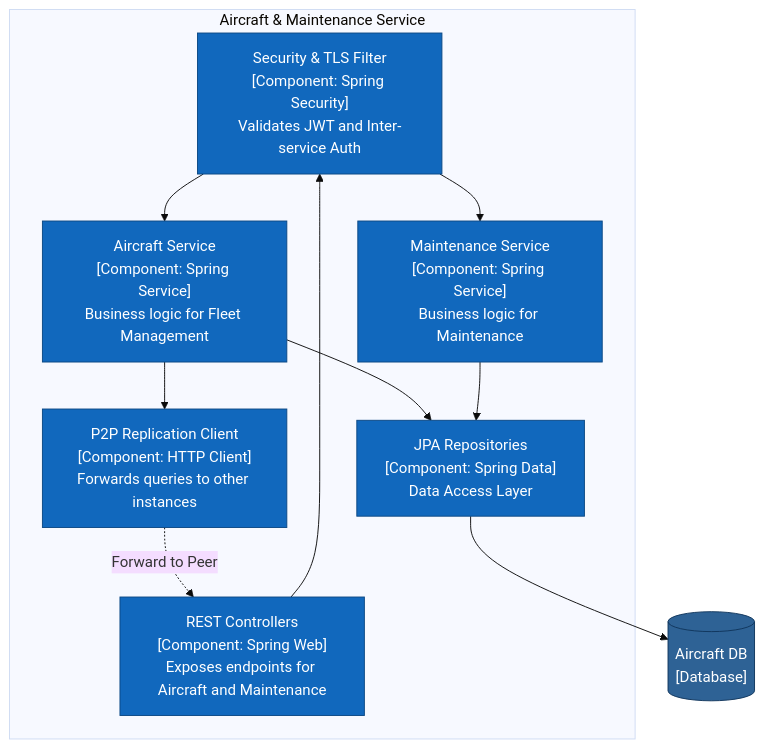
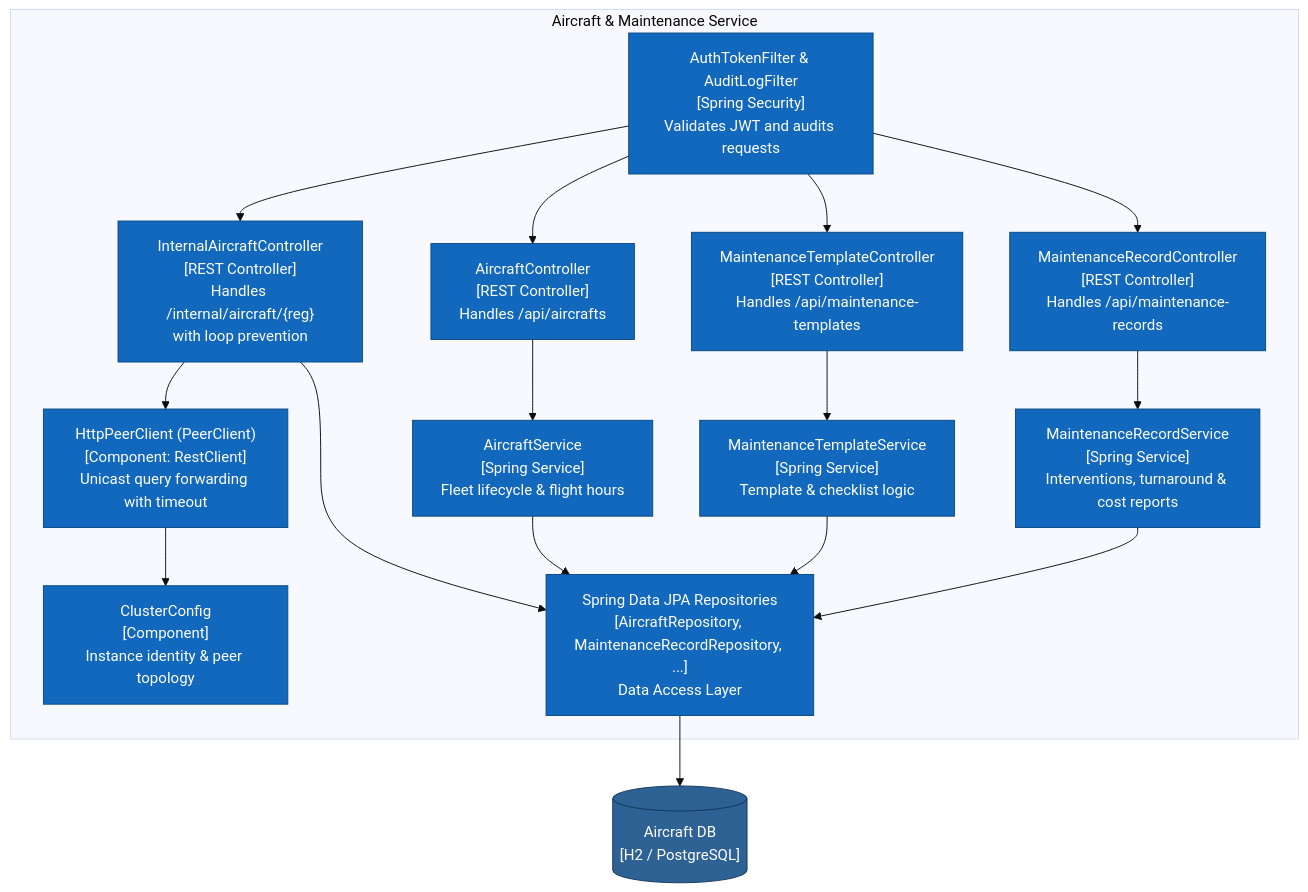
The third of 4 diagrams in docs/C4-Model.md (ImJay1527/aircraft-maintenance-service), drawn with Mermaid (base theme) before and after one commit. The commit also changed other lines of this file and 4 other files, not shown here.

Commit message:
docs: bring all architecture, C4 models, README and handoff into 100% agreement with active code

````diff
--- a/docs/C4-Model.md
+++ b/docs/C4-Model.md
@@ -67,30 +67,46 @@
 ```mermaid
 flowchart TD
     %% Styling
     classDef container fill:#438dd5,stroke:#2e6295,color:#fff
     classDef component fill:#1168bd,stroke:#0b4884,color:#fff
     classDef db fill:#2e6295,stroke:#11365c,color:#fff,shape:cylinder
 
-    AircraftDB[("Aircraft DB\n[Database]")]:::db
+    AircraftDB[("Aircraft DB\n[H2 / PostgreSQL]")]:::db
 
     subgraph AircraftSvc["Aircraft & Maintenance Service"]
-        SecurityComp["Security & TLS Filter\n[Component: Spring Security]\nValidates JWT and Inter-service Auth"]:::component
-        APIComp["REST Controllers\n[Component: Spring Web]\nExposes endpoints for Aircraft and Maintenance"]:::component
-        AircraftDomain["Aircraft Service\n[Component: Spring Service]\nBusiness logic for Fleet Management"]:::component
-        MaintenanceDomain["Maintenance Service\n[Component: Spring Service]\nBusiness logic for Maintenance"]:::component
-        ReplicationComp["P2P Replication Client\n[Component: HTTP Client]\nForwards queries to other instances"]:::component
-        RepoComp["JPA Repositories\n[Component: Spring Data]\nData Access Layer"]:::component
+        SecurityFilter["AuthTokenFilter & AuditLogFilter\n[Spring Security]\nValidates JWT and audits requests"]:::component
+        
+        InternalCtrl["InternalAircraftController\n[REST Controller]\nHandles /internal/aircraft/{reg}\nwith loop prevention"]:::component
+        AircraftCtrl["AircraftController\n[REST Controller]\nHandles /api/aircrafts"]:::component
+        TemplateCtrl["MaintenanceTemplateController\n[REST Controller]\nHandles /api/maintenance-templates"]:::component
+        RecordCtrl["MaintenanceRecordController\n[REST Controller]\nHandles /api/maintenance-records"]:::component
+
+        AircraftSvcDomain["AircraftService\n[Spring Service]\nFleet lifecycle & flight hours"]:::component
+        TemplateSvcDomain["MaintenanceTemplateService\n[Spring Service]\nTemplate & checklist logic"]:::component
+        RecordSvcDomain["MaintenanceRecordService\n[Spring Service]\nInterventions, turnaround & cost reports"]:::component
+
+        ClusterCfg["ClusterConfig\n[Component]\nInstance identity & peer topology"]:::component
+        HttpPeer["HttpPeerClient (PeerClient)\n[Component: RestClient]\nUnicast query forwarding with timeout"]:::component
+
+        Repos["Spring Data JPA Repositories\n[AircraftRepository, MaintenanceRecordRepository, ...]\nData Access Layer"]:::component
     end
 
-    %% Relationships
-    APIComp --> SecurityComp
-    SecurityComp --> AircraftDomain
-    SecurityComp --> MaintenanceDomain
-    
-    AircraftDomain --> RepoComp
-    MaintenanceDomain --> RepoComp
-    RepoComp --> AircraftDB
-    
-    AircraftDomain --> ReplicationComp
-    ReplicationComp -. "Forward to Peer" .-> APIComp
+    %% Wire connections
+    SecurityFilter --> InternalCtrl
+    SecurityFilter --> AircraftCtrl
+    SecurityFilter --> TemplateCtrl
+    SecurityFilter --> RecordCtrl
+
+    InternalCtrl --> Repos
+    InternalCtrl --> HttpPeer
+    HttpPeer --> ClusterCfg
+
+    AircraftCtrl --> AircraftSvcDomain
+    TemplateCtrl --> TemplateSvcDomain
+    RecordCtrl --> RecordSvcDomain
+
+    AircraftSvcDomain --> Repos
+    TemplateSvcDomain --> Repos
+    RecordSvcDomain --> Repos
+    Repos --> AircraftDB
 ```
````
